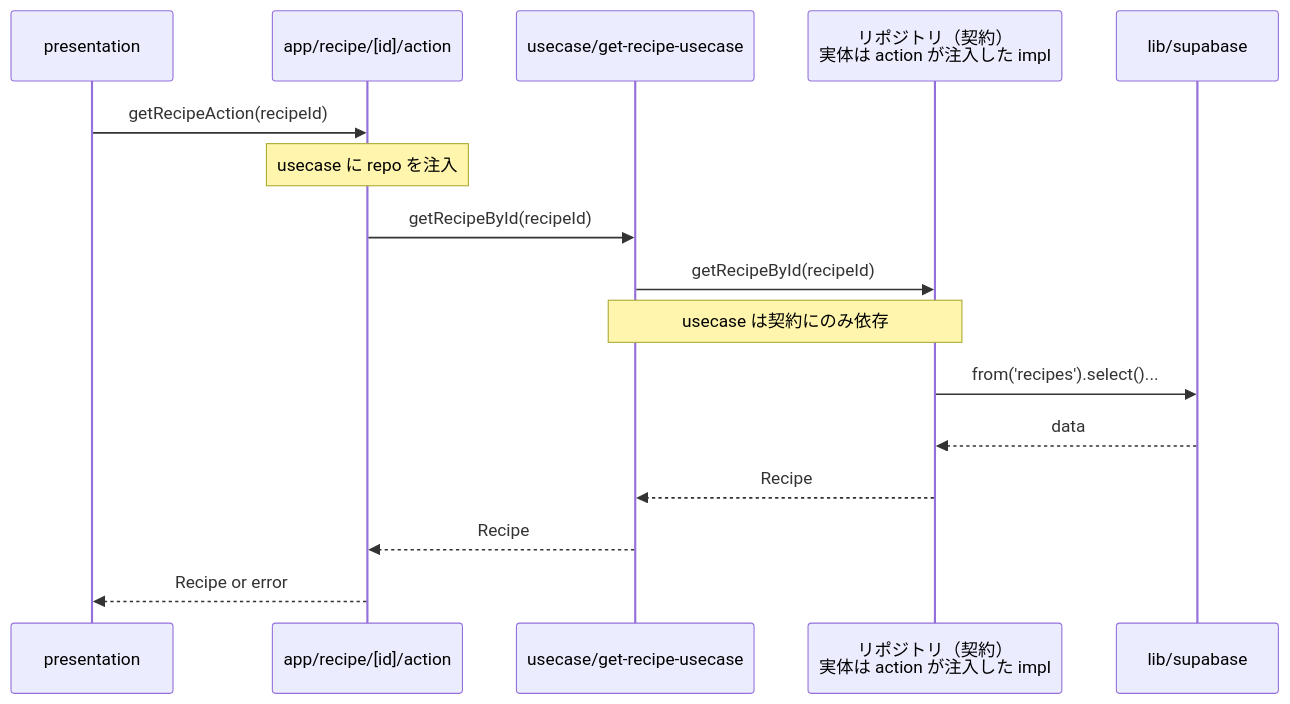
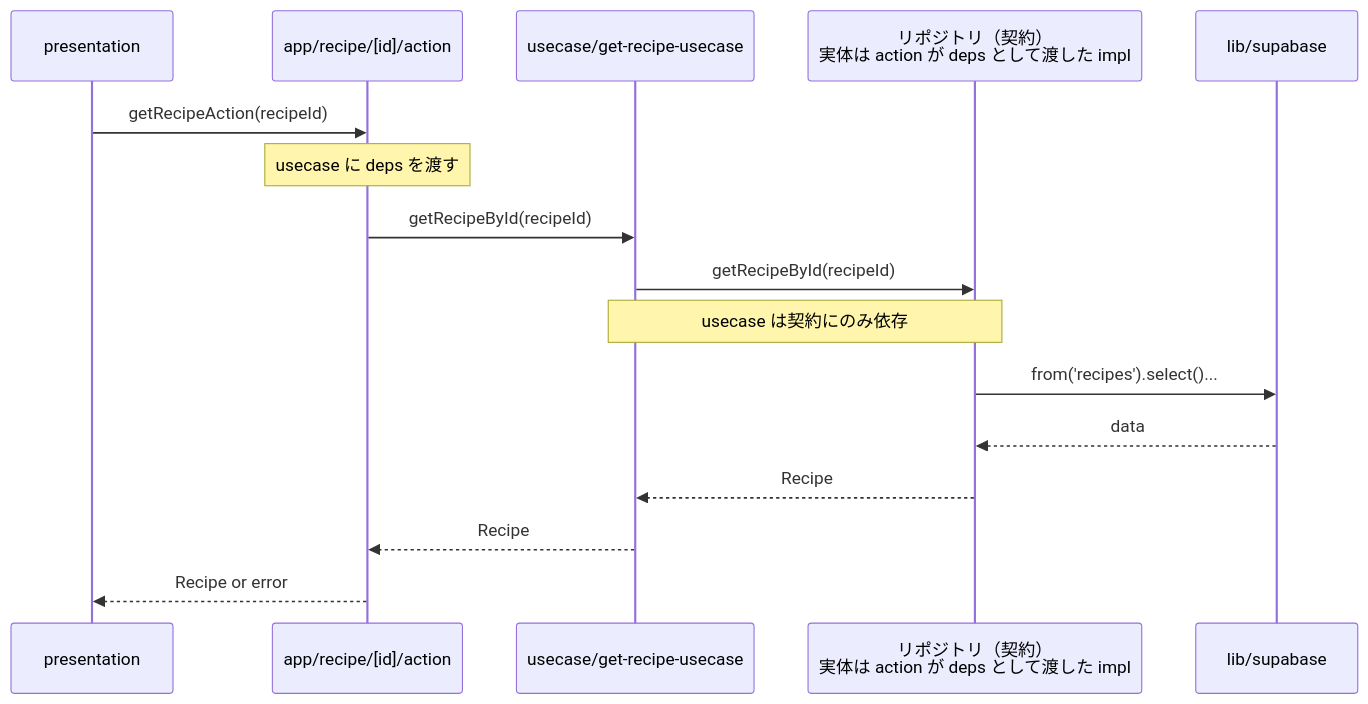
One commit to Nii1214/cooking-recipe changed the fourth of 7 diagrams in docs/architect/clean-architecture-and-directory.md. Above: the diagram before and after it, drawn with Mermaid. The commit also changed other lines of this file and 2 other files, not shown here.

````diff
--- a/docs/architect/clean-architecture-and-directory.md
+++ b/docs/architect/clean-architecture-and-directory.md
@@ -221,19 +230,19 @@
 ```mermaid
 sequenceDiagram
     participant Form as presentation
     participant Action as app/recipe/[id]/action
     participant UseCase as usecase/get-recipe-usecase
-    participant Repo as リポジトリ（契約）<br/>実体は action が注入した impl
+    participant Repo as リポジトリ（契約）<br/>実体は action が deps として渡した impl
     participant DB as lib/supabase
 
     Form->>Action: getRecipeAction(recipeId)
-    Note over Action: usecase に repo を注入
+    Note over Action: usecase に deps を渡す
     Action->>UseCase: getRecipeById(recipeId)
     UseCase->>Repo: getRecipeById(recipeId)
     Note over UseCase,Repo: usecase は契約にのみ依存
     Repo->>DB: from('recipes').select()...
     DB-->>Repo: data
     Repo-->>UseCase: Recipe
     UseCase-->>Action: Recipe
     Action-->>Form: Recipe or error
 ```
````
